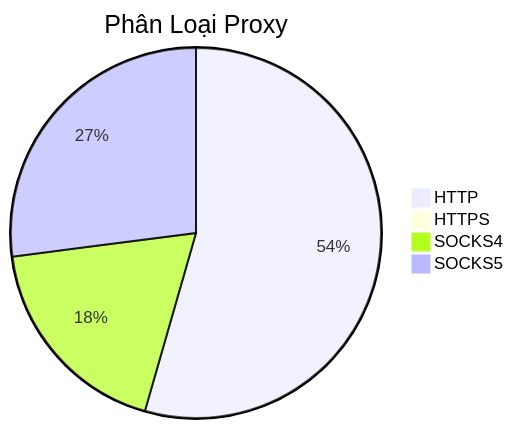
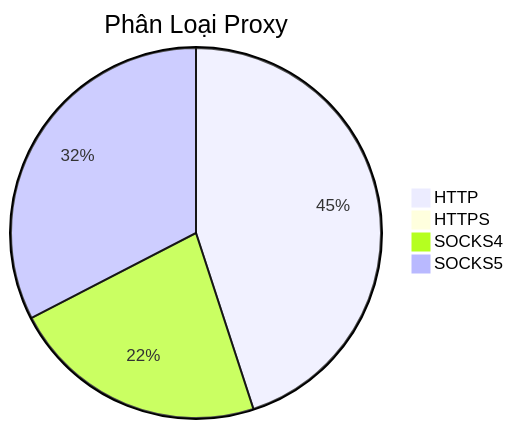
One commit to Ciara-12/PROXY-free changed the diagram in README.md. Above: the diagram before and after it, drawn with Mermaid. The commit also changed other lines of this file and 4 other files, not shown here.

````diff
--- a/README.md
+++ b/README.md
@@ -26,7 +26,7 @@
 ```mermaid
 pie title Phân Loại Proxy
-    "HTTP" : 606
+    "HTTP" : 439
     "HTTPS" : 3
-    "SOCKS4" : 206
-    "SOCKS5" : 301
+    "SOCKS4" : 219
+    "SOCKS5" : 318
 ```
````
